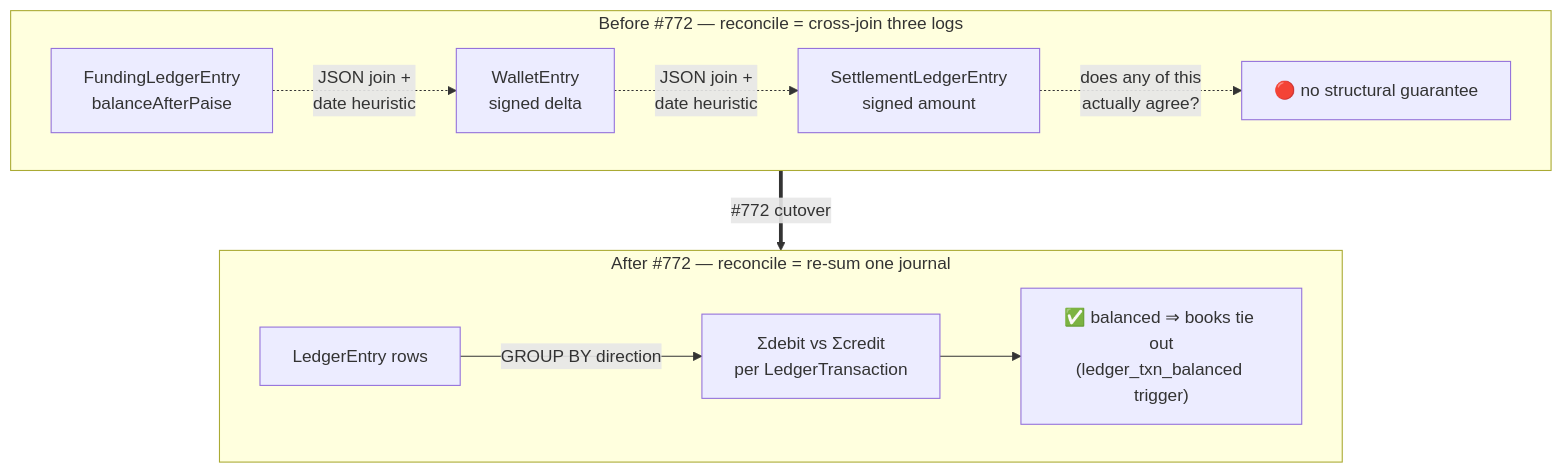
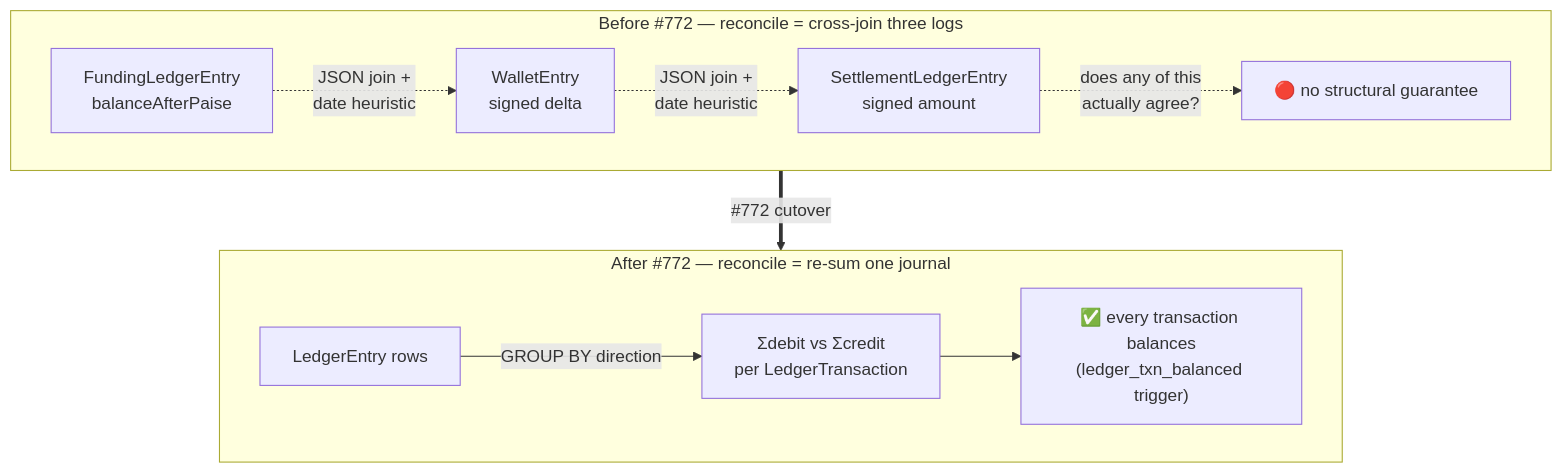
One commit to Practitionist/familiarise_web changed the second of 2 diagrams in docs/enterprise/10-money-and-ledger/01-money-model-overview.md. Above: the diagram before and after it, drawn with Mermaid. The commit also changed other lines of this file and 7 other files, not shown here.

````diff
--- a/docs/enterprise/10-money-and-ledger/01-money-model-overview.md
+++ b/docs/enterprise/10-money-and-ledger/01-money-model-overview.md
@@ -59,18 +59,18 @@
 ```mermaid
 flowchart TB
   subgraph BEFORE["Before #772 — reconcile = cross-join three logs"]
     direction LR
     b1["FundingLedgerEntry<br/>balanceAfterPaise"]
     b2["WalletEntry<br/>signed delta"]
     b3["SettlementLedgerEntry<br/>signed amount"]
     b1 -.->|"JSON join +<br/>date heuristic"| b2
     b2 -.->|"JSON join +<br/>date heuristic"| b3
     b3 -.->|"does any of this<br/>actually agree?"| bq["🔴 no structural guarantee"]
   end
   subgraph AFTER["After #772 — reconcile = re-sum one journal"]
     direction LR
     a1["LedgerEntry rows"] -->|"GROUP BY direction"| a2["Σdebit vs Σcredit<br/>per LedgerTransaction"]
-    a2 --> aq["✅ balanced ⇒ books tie out<br/>(ledger_txn_balanced trigger)"]
+    a2 --> aq["✅ every transaction balances<br/>(ledger_txn_balanced trigger)"]
   end
   BEFORE ==>|"#772 cutover"| AFTER
 ```
````
